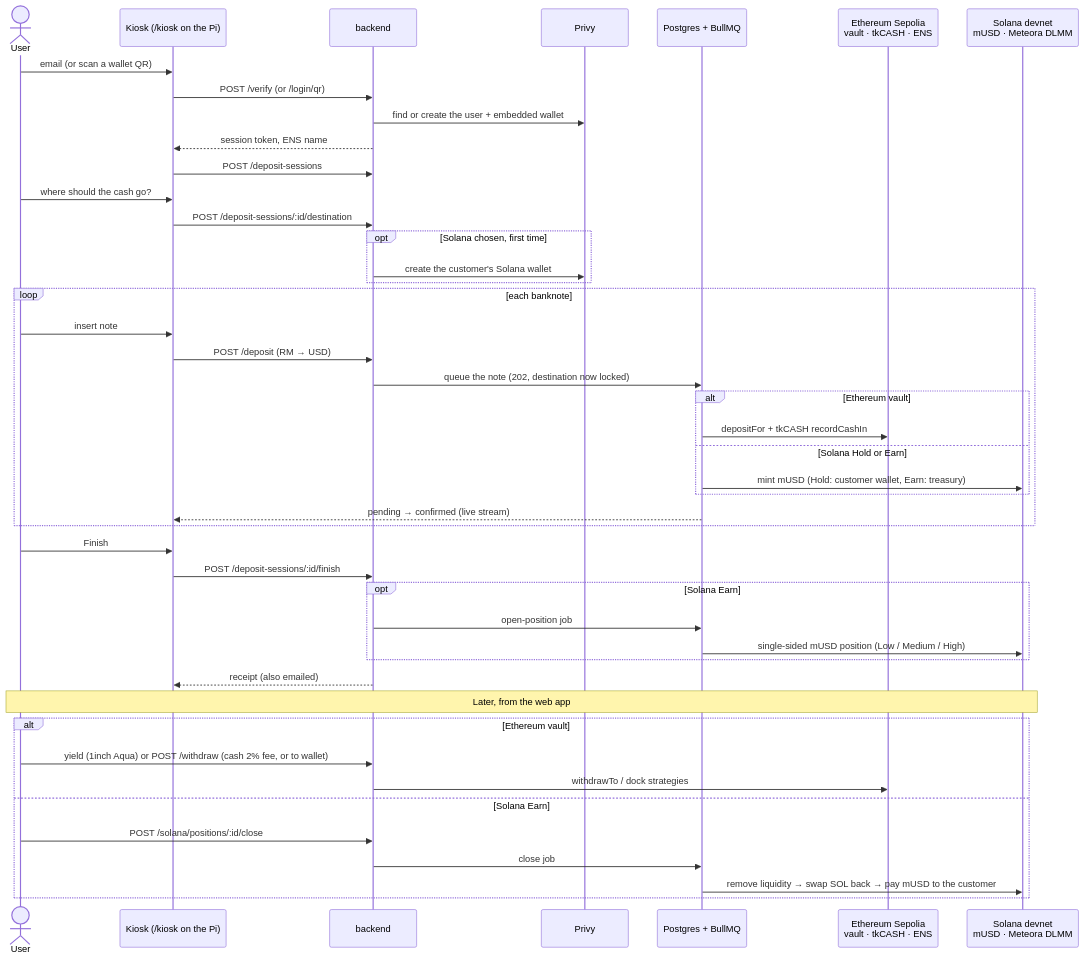
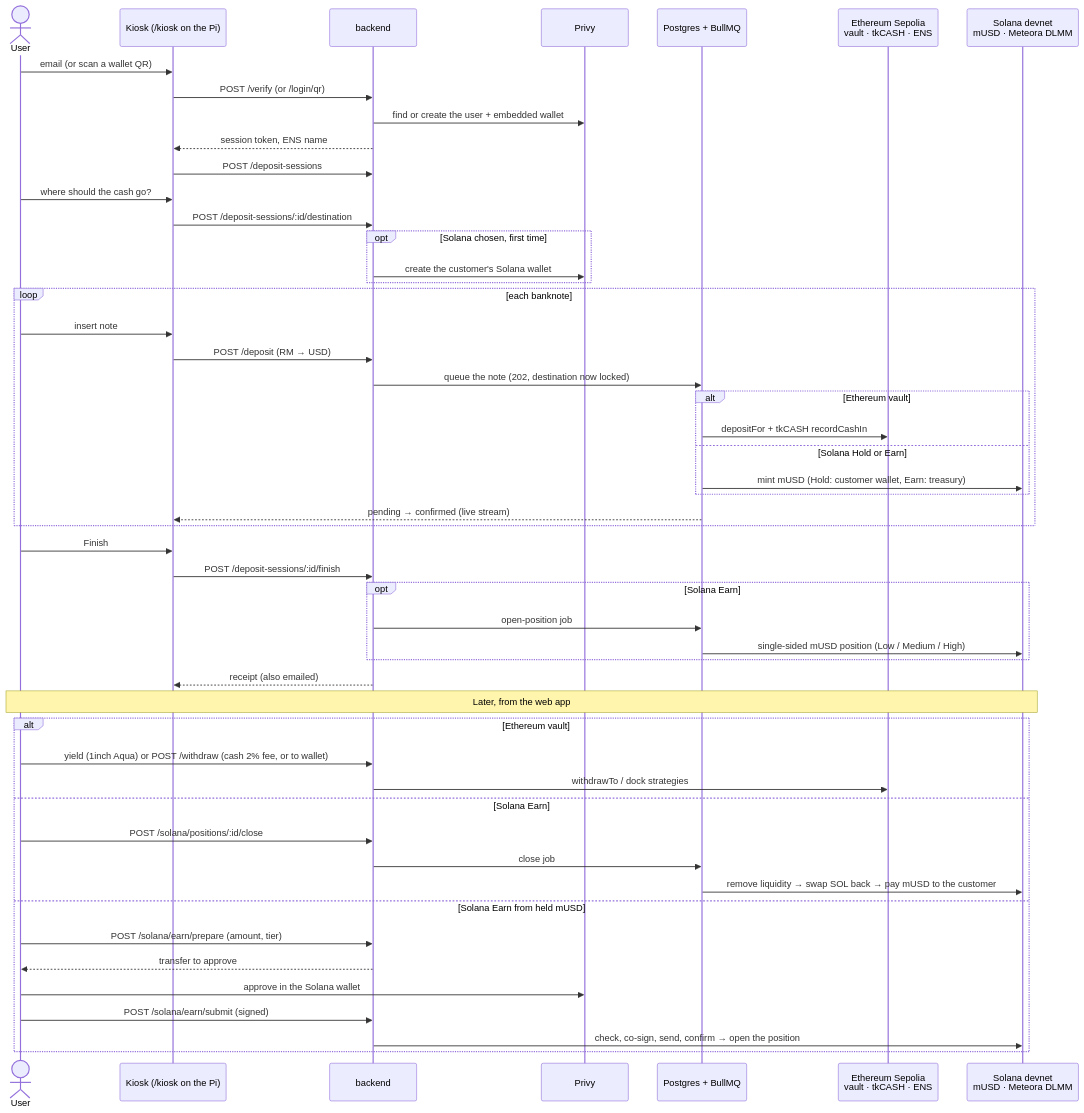
Before and after one commit to AqilJaafree/takarabako-solana: the third of 3 diagrams in README.md, drawn with Mermaid. The commit also changed other lines of this file, not shown here.

Commit message:
README: Earn from held mUSD in the web app

````diff
--- a/README.md
+++ b/README.md
@@ -270,51 +281,57 @@
 ```mermaid
 sequenceDiagram
     actor User
     participant Kiosk as Kiosk (/kiosk on the Pi)
     participant API as backend
     participant Privy
     participant Queue as Postgres + BullMQ
     participant Vault as Ethereum Sepolia<br/>vault · tkCASH · ENS
     participant Sol as Solana devnet<br/>mUSD · Meteora DLMM
 
     User->>Kiosk: email (or scan a wallet QR)
     Kiosk->>API: POST /verify (or /login/qr)
     API->>Privy: find or create the user + embedded wallet
     API-->>Kiosk: session token, ENS name
     Kiosk->>API: POST /deposit-sessions
     User->>Kiosk: where should the cash go?
     Kiosk->>API: POST /deposit-sessions/:id/destination
     opt Solana chosen, first time
         API->>Privy: create the customer's Solana wallet
     end
 
     loop each banknote
         User->>Kiosk: insert note
         Kiosk->>API: POST /deposit (RM → USD)
         API->>Queue: queue the note (202, destination now locked)
         alt Ethereum vault
             Queue->>Vault: depositFor + tkCASH recordCashIn
         else Solana Hold or Earn
             Queue->>Sol: mint mUSD (Hold: customer wallet, Earn: treasury)
         end
         Queue-->>Kiosk: pending → confirmed (live stream)
     end
 
     User->>Kiosk: Finish
     Kiosk->>API: POST /deposit-sessions/:id/finish
     opt Solana Earn
         API->>Queue: open-position job
         Queue->>Sol: single-sided mUSD position (Low / Medium / High)
     end
     API-->>Kiosk: receipt (also emailed)
 
     Note over User,Sol: Later, from the web app
     alt Ethereum vault
         User->>API: yield (1inch Aqua) or POST /withdraw (cash 2% fee, or to wallet)
         API->>Vault: withdrawTo / dock strategies
     else Solana Earn
         User->>API: POST /solana/positions/:id/close
         API->>Queue: close job
         Queue->>Sol: remove liquidity → swap SOL back → pay mUSD to the customer
+    else Solana Earn from held mUSD
+        User->>API: POST /solana/earn/prepare (amount, tier)
+        API-->>User: transfer to approve
+        User->>Privy: approve in the Solana wallet
+        User->>API: POST /solana/earn/submit (signed)
+        API->>Sol: check, co-sign, send, confirm → open the position
     end
 ```
````
